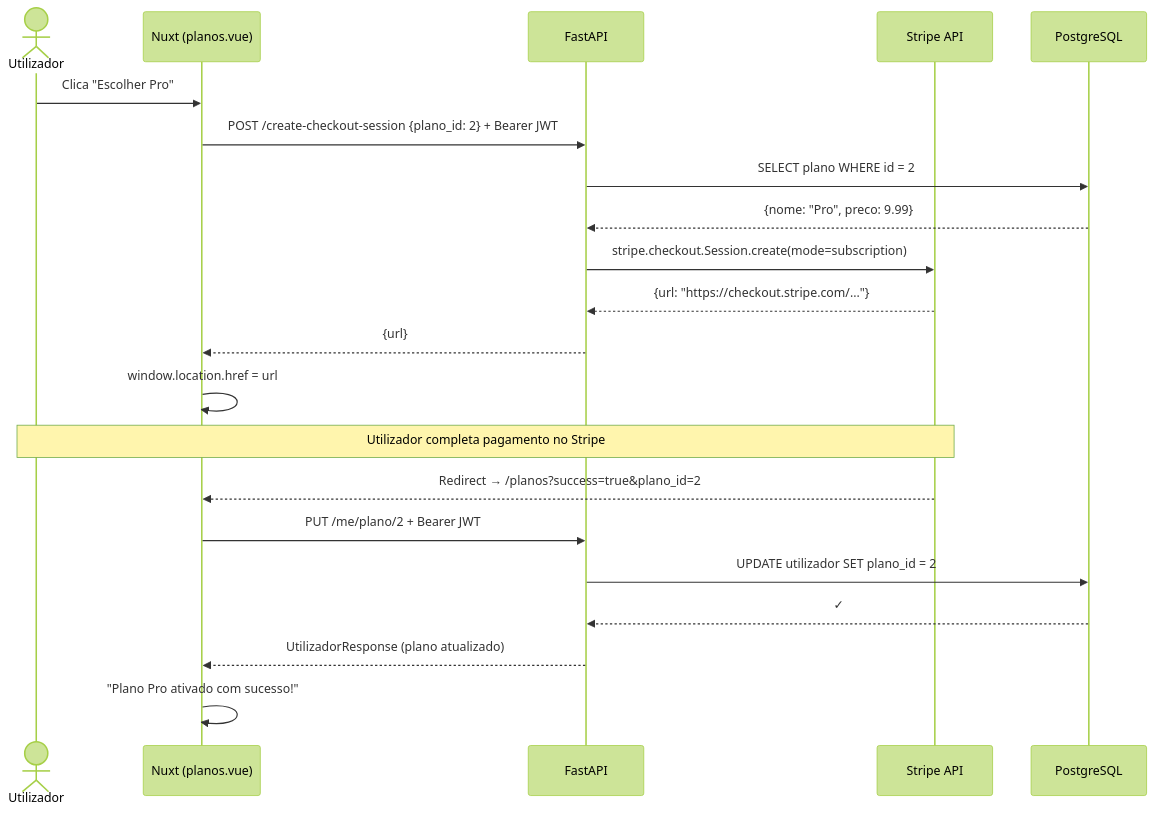
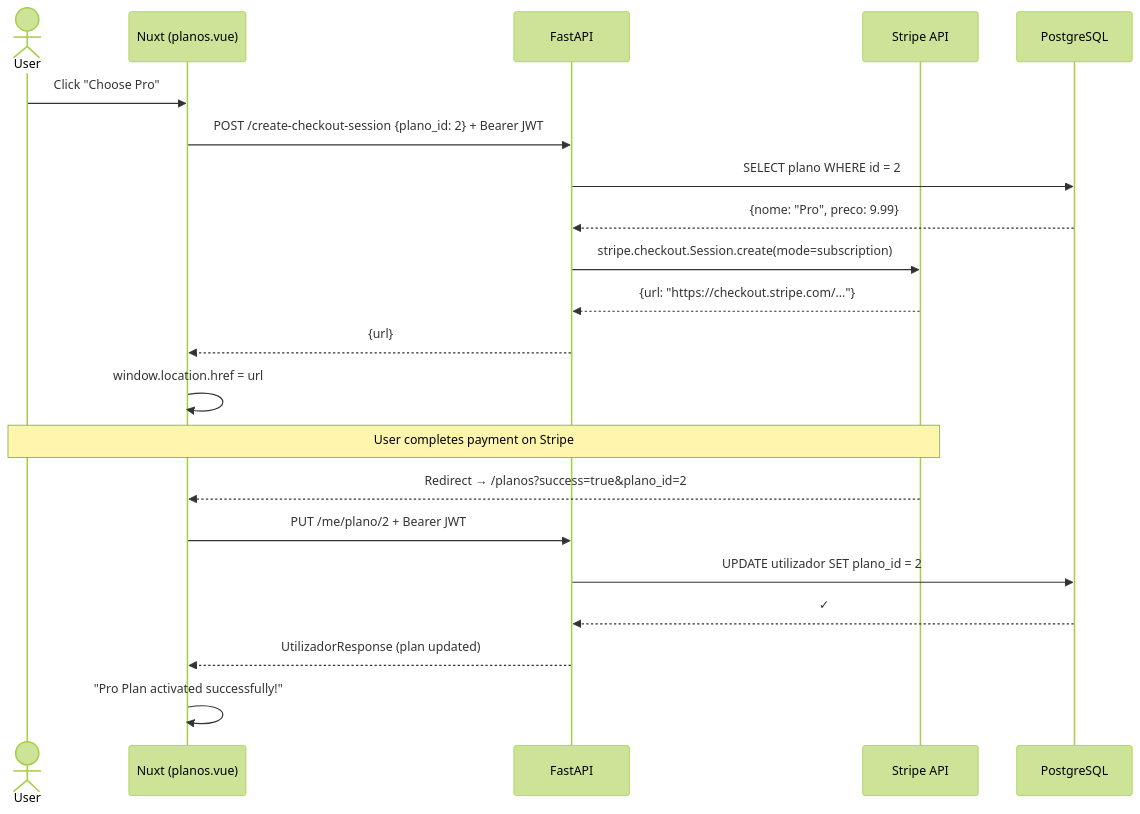
The sixth of 11 diagrams in README.md (Wand-DenaXy/-Manueli-s-Clubes), drawn with Mermaid (forest theme) before and after one commit. The commit also changed other lines of this file and 1 other file, not shown here.

````diff
--- a/README.md
+++ b/README.md
@@ -521,26 +521,26 @@
 ```mermaid
 sequenceDiagram
-    actor U as Utilizador
+    actor U as User
     participant P as Nuxt (planos.vue)
     participant API as FastAPI
     participant S as Stripe API
     participant DB as PostgreSQL
 
-    U->>P: Clica "Escolher Pro"
+    U->>P: Click "Choose Pro"
     P->>API: POST /create-checkout-session {plano_id: 2} + Bearer JWT
     API->>DB: SELECT plano WHERE id = 2
     DB-->>API: {nome: "Pro", preco: 9.99}
     API->>S: stripe.checkout.Session.create(mode=subscription)
     S-->>API: {url: "https://checkout.stripe.com/..."}
     API-->>P: {url}
     P->>P: window.location.href = url
 
-    Note over U,S: Utilizador completa pagamento no Stripe
+    Note over U,S: User completes payment on Stripe
 
     S-->>P: Redirect → /planos?success=true&plano_id=2
     P->>API: PUT /me/plano/2 + Bearer JWT
     API->>DB: UPDATE utilizador SET plano_id = 2
     DB-->>API: ✓
-    API-->>P: UtilizadorResponse (plano atualizado)
-    P->>P: "Plano Pro ativado com sucesso!"
+    API-->>P: UtilizadorResponse (plan updated)
+    P->>P: "Pro Plan activated successfully!"
 ```
````
